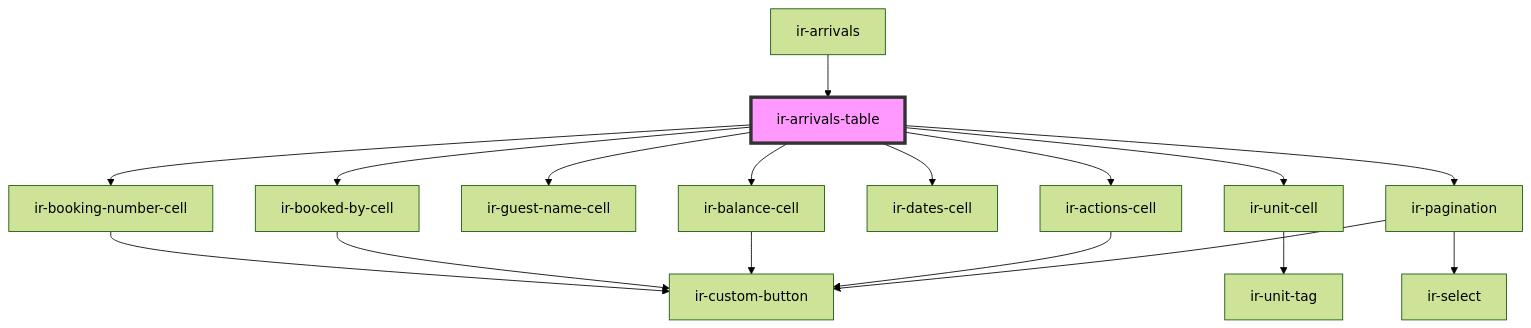
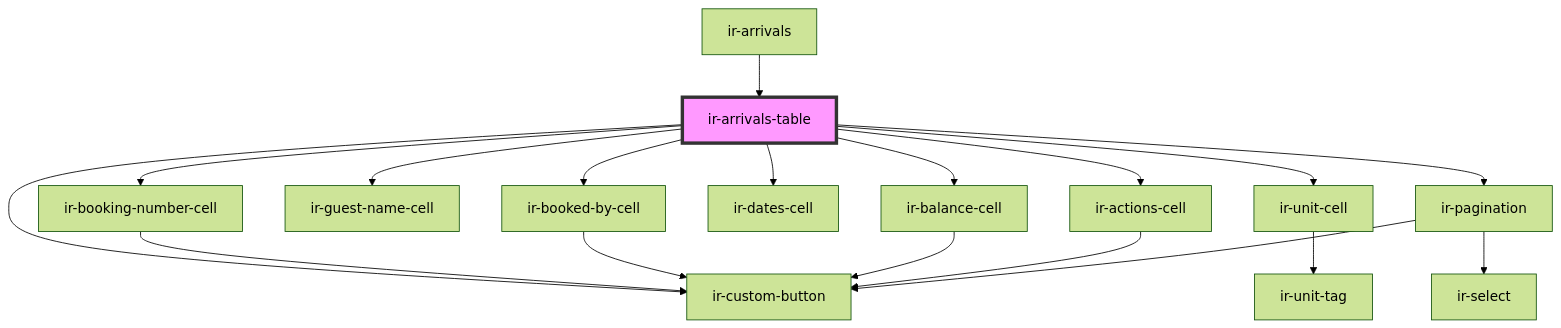
One commit to David1Chowaifaty/modified-ir-webcmp changed the diagram in src/components/ir-arrivals/ir-arrivals-table/readme.md. Above: the diagram before and after it, drawn with Mermaid (forest theme). The commit also changed other lines of this file and 8 other files, not shown here.

First line of the commit message:
Add ir-custom-button to arrivals and departures tables for improved user interaction

````diff
--- a/src/components/ir-arrivals/ir-arrivals-table/readme.md
+++ b/src/components/ir-arrivals/ir-arrivals-table/readme.md
@@ -35,20 +36,21 @@
 ```mermaid
 graph TD;
   ir-arrivals-table --> ir-booking-number-cell
   ir-arrivals-table --> ir-booked-by-cell
   ir-arrivals-table --> ir-guest-name-cell
   ir-arrivals-table --> ir-unit-cell
   ir-arrivals-table --> ir-dates-cell
   ir-arrivals-table --> ir-balance-cell
   ir-arrivals-table --> ir-actions-cell
+  ir-arrivals-table --> ir-custom-button
   ir-arrivals-table --> ir-pagination
   ir-booking-number-cell --> ir-custom-button
   ir-booked-by-cell --> ir-custom-button
   ir-unit-cell --> ir-unit-tag
   ir-balance-cell --> ir-custom-button
   ir-actions-cell --> ir-custom-button
   ir-pagination --> ir-select
   ir-pagination --> ir-custom-button
   ir-arrivals --> ir-arrivals-table
   style ir-arrivals-table fill:#f9f,stroke:#333,stroke-width:4px
 ```
````
